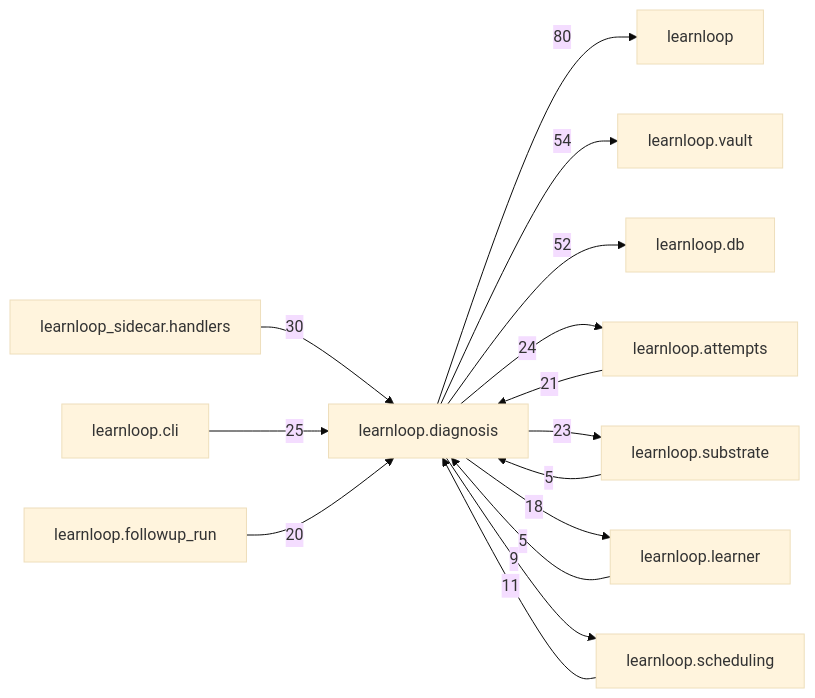
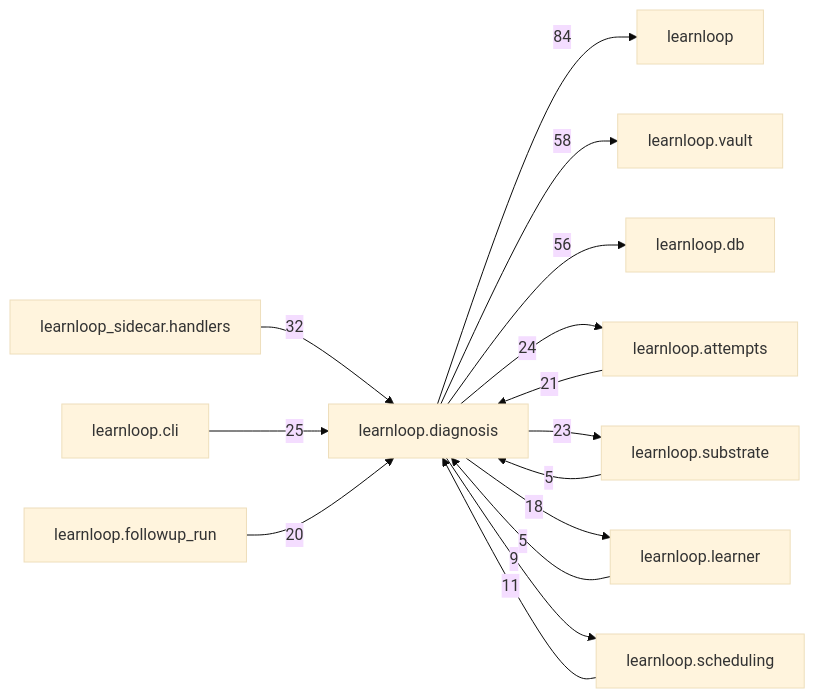
Before and after one commit to 6up-b/learnanything: the diagram in docs/learnloop-architecture-vault/Reference/Modules/learnloop/diagnosis/_package.md, drawn with Mermaid (base theme). The commit also changed other lines of this file and 66 other files, not shown here.

````diff
--- a/docs/learnloop-architecture-vault/Reference/Modules/learnloop/diagnosis/_package.md
+++ b/docs/learnloop-architecture-vault/Reference/Modules/learnloop/diagnosis/_package.md
@@ -246,28 +254,28 @@
 ```mermaid
 flowchart LR
     center["learnloop.diagnosis"]
     n_learnloop["learnloop"]
     n_learnloop_vault["learnloop.vault"]
     n_learnloop_db["learnloop.db"]
     n_learnloop_attempts["learnloop.attempts"]
     n_learnloop_sidecar_handlers["learnloop_sidecar.handlers"]
     n_learnloop_substrate["learnloop.substrate"]
     n_learnloop_cli["learnloop.cli"]
     n_learnloop_learner["learnloop.learner"]
     n_learnloop_followup_run["learnloop.followup_run"]
     n_learnloop_scheduling["learnloop.scheduling"]
-    center -->|80| n_learnloop
-    center -->|54| n_learnloop_vault
-    center -->|52| n_learnloop_db
+    center -->|84| n_learnloop
+    center -->|58| n_learnloop_vault
+    center -->|56| n_learnloop_db
     n_learnloop_attempts -->|21| center
     center -->|24| n_learnloop_attempts
-    n_learnloop_sidecar_handlers -->|30| center
+    n_learnloop_sidecar_handlers -->|32| center
     n_learnloop_substrate -->|5| center
     center -->|23| n_learnloop_substrate
     n_learnloop_cli -->|25| center
     n_learnloop_learner -->|5| center
     center -->|18| n_learnloop_learner
     n_learnloop_followup_run -->|20| center
     n_learnloop_scheduling -->|11| center
     center -->|9| n_learnloop_scheduling
 ```
````
